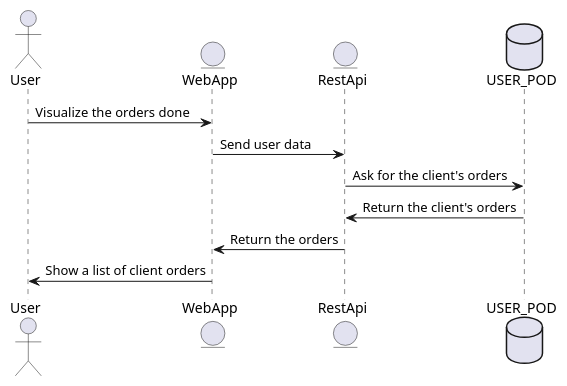
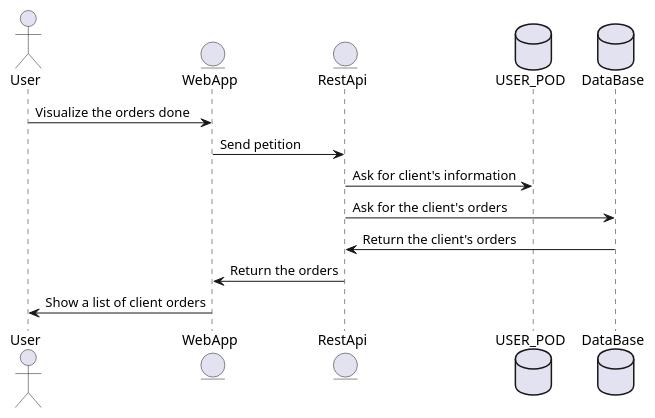
One commit to Arquisoft/dede_es3c changed the second of 3 diagrams in docs/06_runtime_view.adoc. Above: the diagram before and after it, drawn with PlantUML. The commit also changed other lines of this file, not shown here.

```diff
--- a/docs/06_runtime_view.adoc
+++ b/docs/06_runtime_view.adoc
@@ -55,15 +55,17 @@
 [plantuml,"Visualize orders done",png]
 ----
 @startuml
 actor User
 entity WebApp
 entity RestApi
 database USER_POD
+database DataBase
 User -> WebApp: Visualize the orders done
-WebApp -> RestApi: Send user data
-RestApi -> USER_POD: Ask for the client's orders
-USER_POD -> RestApi: Return the client's orders
+WebApp -> RestApi: Send petition
+RestApi -> USER_POD: Ask for client's information
+RestApi -> DataBase: Ask for the client's orders
+DataBase -> RestApi: Return the client's orders
 RestApi -> WebApp: Return the orders
 WebApp -> User: Show a list of client orders
 @enduml
 ----
```
